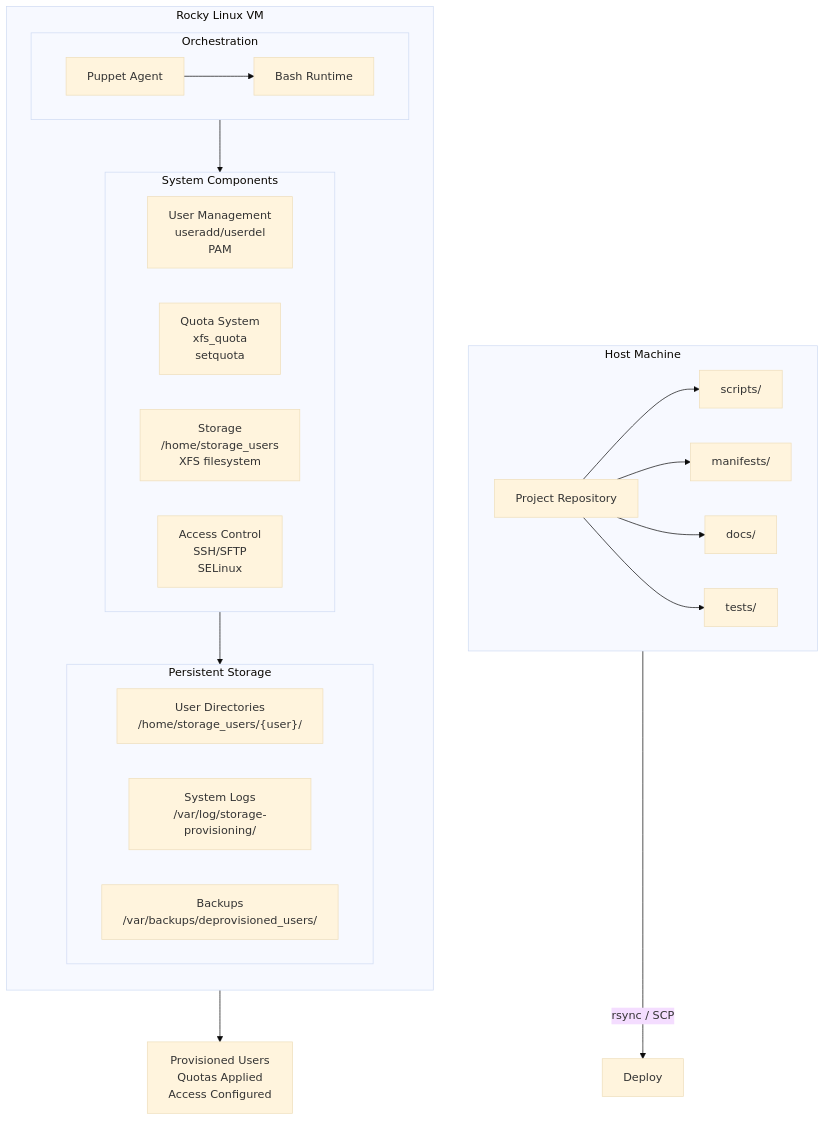
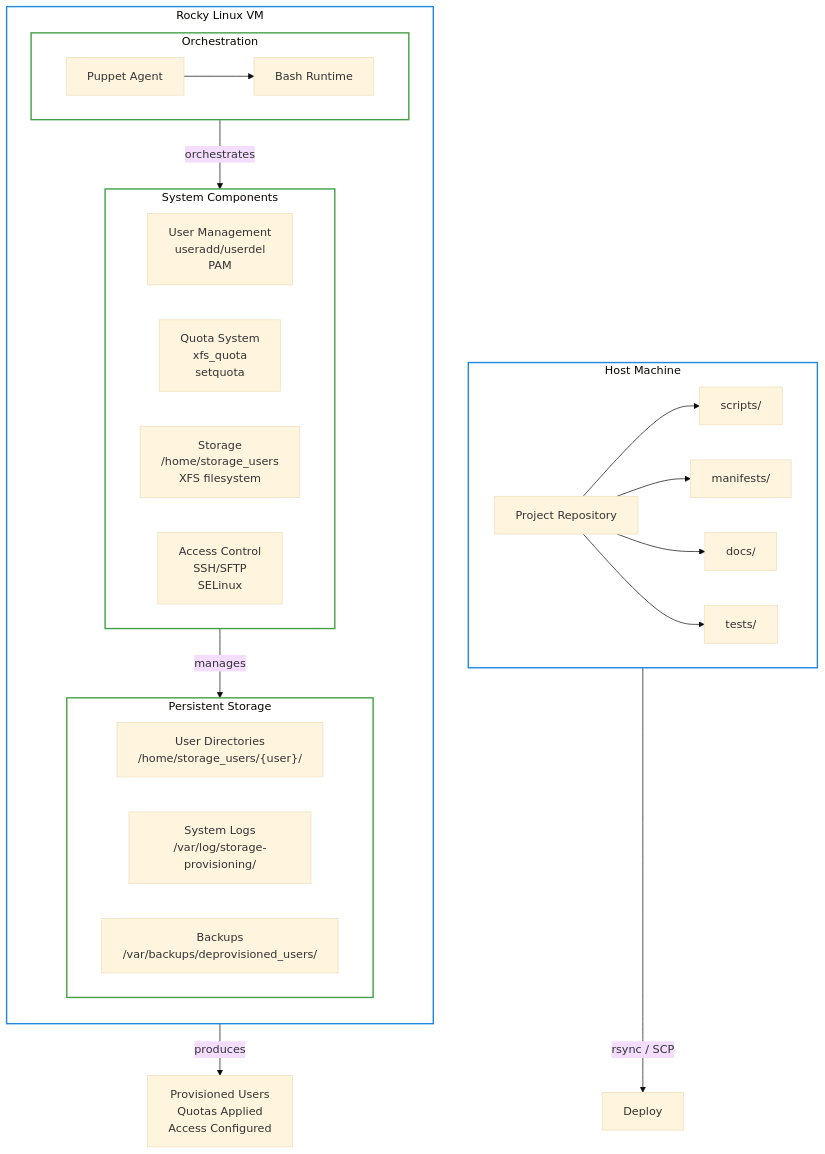
The first of 7 diagrams in docs/architecture.md (aaronwittchen/Automated-Storage-Provisioning-Tool), drawn with Mermaid (base theme) before and after one commit. The commit also changed other lines of this file, not shown here.

First line of the commit message:
Refactor architecture documentation for clarity

````diff
--- a/docs/architecture.md
+++ b/docs/architecture.md
@@ -13,46 +11,52 @@
 ```mermaid
 graph TB
     subgraph Host["Host Machine"]
         direction LR
         Repo["Project Repository"]
         Scripts["scripts/"]
         Manifests["manifests/"]
         Docs["docs/"]
         Tests["tests/"]
         
         Repo --> Scripts
         Repo --> Manifests
         Repo --> Docs
         Repo --> Tests
     end
     
     Host -->|"rsync / SCP"| Deploy["Deploy"]
     
     subgraph VM["Rocky Linux VM"]
         direction TB
         
         subgraph Runtime["Orchestration"]
             Puppet["Puppet Agent"]
             Bash["Bash Runtime"]
             Puppet --> Bash
         end
         
         subgraph System["System Components"]
             UserMgmt["User Management<br/>useradd/userdel<br/>PAM"]
             QuotaMgmt["Quota System<br/>xfs_quota<br/>setquota"]
             StorageMgmt["Storage<br/>/home/storage_users<br/>XFS filesystem"]
             AccessCtrl["Access Control<br/>SSH/SFTP<br/>SELinux"]
         end
         
         subgraph Storage["Persistent Storage"]
             UserDirs["User Directories<br/>/home/storage_users/{user}/"]
             Logs["System Logs<br/>/var/log/storage-provisioning/"]
             Backups["Backups<br/>/var/backups/deprovisioned_users/"]
         end
         
-        Runtime --> System
-        System --> Storage
+        Runtime -->|orchestrates| System
+        System -->|manages| Storage
     end
     
-    VM --> Result["Provisioned Users<br/>Quotas Applied<br/>Access Configured"]
+    VM -->|produces| Result["Provisioned Users<br/>Quotas Applied<br/>Access Configured"]
+    
+    style Host fill:none,stroke:#1e88e5,stroke-width:2px
+    style VM fill:none,stroke:#1e88e5,stroke-width:2px
+    style Runtime fill:none,stroke:#43a047,stroke-width:2px
+    style System fill:none,stroke:#43a047,stroke-width:2px
+    style Storage fill:none,stroke:#43a047,stroke-width:2px
 ```
````
